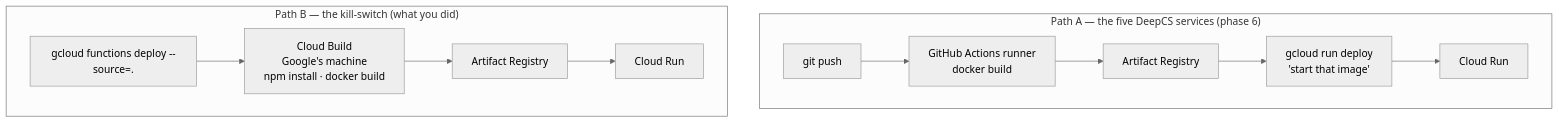
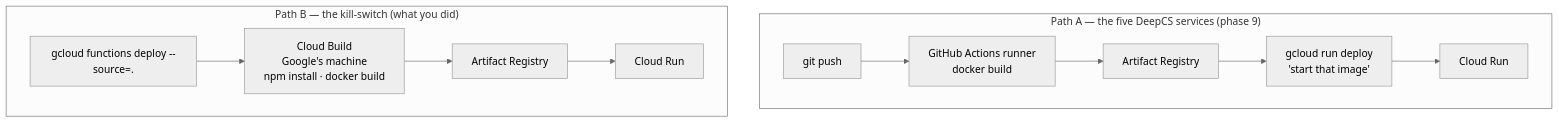
One commit to Wnayar/deepcs changed the sixth of 8 diagrams in docs/learning/google-cloud-flow.md. Above: the diagram before and after it, drawn with Mermaid (neutral theme). The commit also changed other lines of this file and 20 other files, not shown here.

````diff
--- a/docs/learning/google-cloud-flow.md
+++ b/docs/learning/google-cloud-flow.md
@@ -270,15 +270,15 @@
 ```mermaid
 flowchart TD
-    subgraph A["Path A — the five DeepCS services (phase 6)"]
+    subgraph A["Path A — the five DeepCS services (phase 9)"]
       A1["git push"] --> A2["GitHub Actions runner<br/>docker build"]
       A2 --> A3["Artifact Registry"]
       A3 --> A4["gcloud run deploy<br/>'start that image'"]
       A4 --> A5["Cloud Run"]
     end
 
     subgraph B["Path B — the kill-switch (what you did)"]
       B1["gcloud functions deploy --source=."] --> B2["Cloud Build<br/>Google's machine<br/>npm install · docker build"]
       B2 --> B3["Artifact Registry"]
       B3 --> B4["Cloud Run"]
     end
 ```
````
